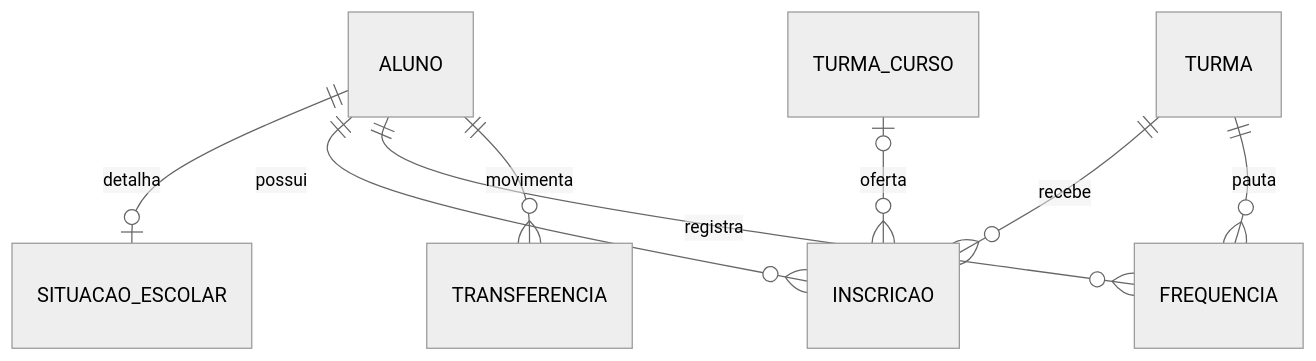
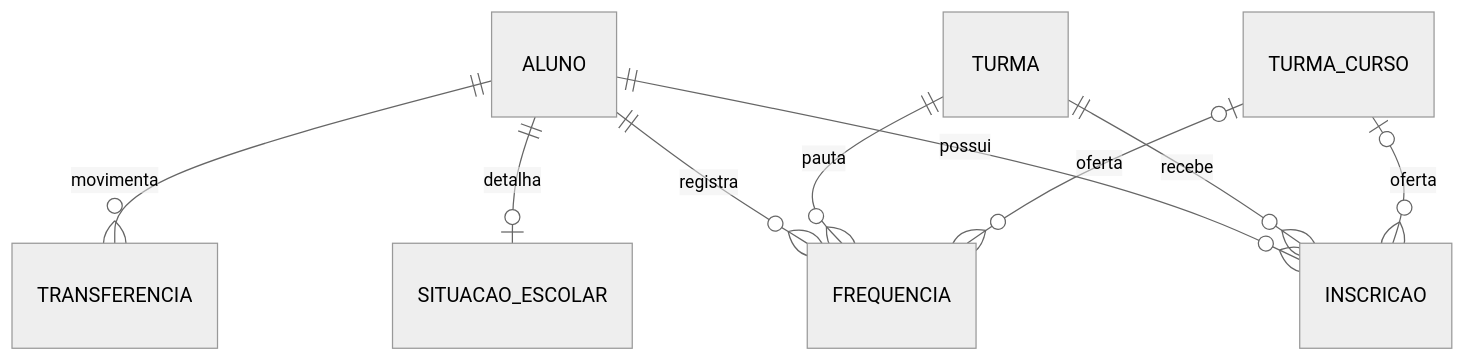
One commit to fmtic/pautaon changed the third of 7 diagrams in app/models/MER.md. Above: the diagram before and after it, drawn with Mermaid (neutral theme). The commit also changed other lines of this file and 18 other files, not shown here.

First line of the commit message:
feat(onda4): Fase 4 completa - frequencia e diario por oferta (D2-D3-E)

````diff
--- a/app/models/MER.md
+++ b/app/models/MER.md
@@ -219,10 +220,11 @@
 ```mermaid
 erDiagram
     ALUNO ||--o| SITUACAO_ESCOLAR : detalha
     ALUNO ||--o{ INSCRICAO : possui
     TURMA ||--o{ INSCRICAO : recebe
     TURMA_CURSO |o--o{ INSCRICAO : oferta
     ALUNO ||--o{ FREQUENCIA : registra
     TURMA ||--o{ FREQUENCIA : pauta
+    TURMA_CURSO |o--o{ FREQUENCIA : oferta
     ALUNO ||--o{ TRANSFERENCIA : movimenta
 ```
````
